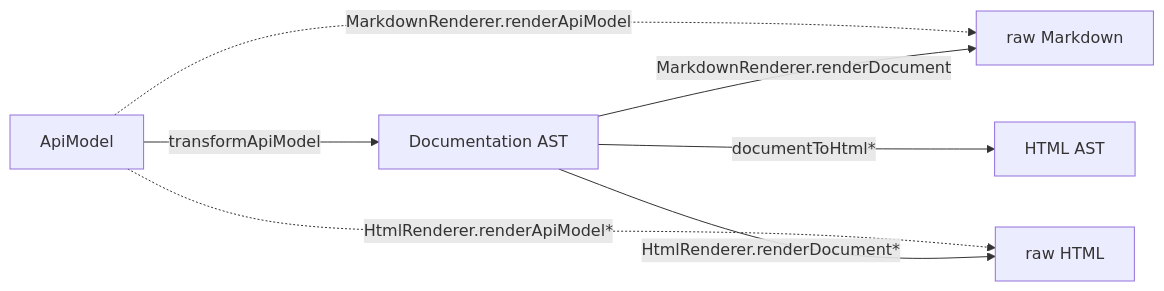
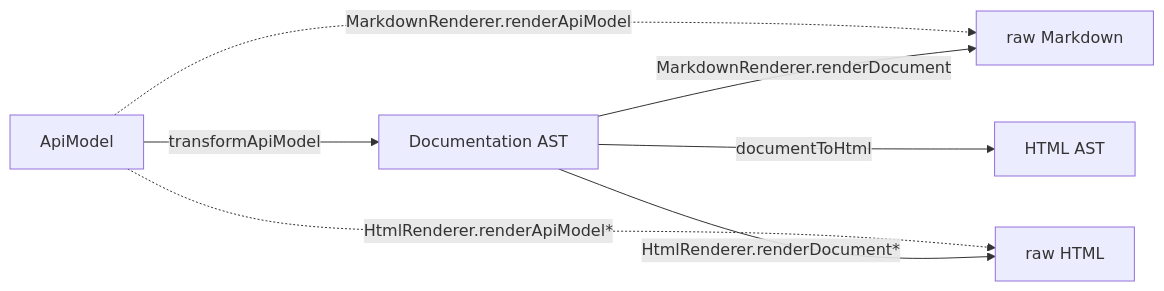
One commit to microsoft/FluidFramework changed the diagram in tools/api-markdown-documenter/README.md. Above: the diagram before and after it, drawn with Mermaid. The commit also changed other lines of this file, not shown here.

````diff
--- a/tools/api-markdown-documenter/README.md
+++ b/tools/api-markdown-documenter/README.md
@@ -150,16 +150,16 @@
 ```mermaid
 graph LR
     A[ApiModel]
     B[Documentation AST]
     C[raw Markdown]
     D[raw HTML]
     E[HTML AST]
 
     A-->|transformApiModel|B
     B-->|MarkdownRenderer.renderDocument|C
     B-->|HtmlRenderer.renderDocument*|D
-    B-->|documentToHtml*|E
+    B-->|documentToHtml|E
 
     A-.->|MarkdownRenderer.renderApiModel|C
     A-.->|HtmlRenderer.renderApiModel*|D
 ```
````
